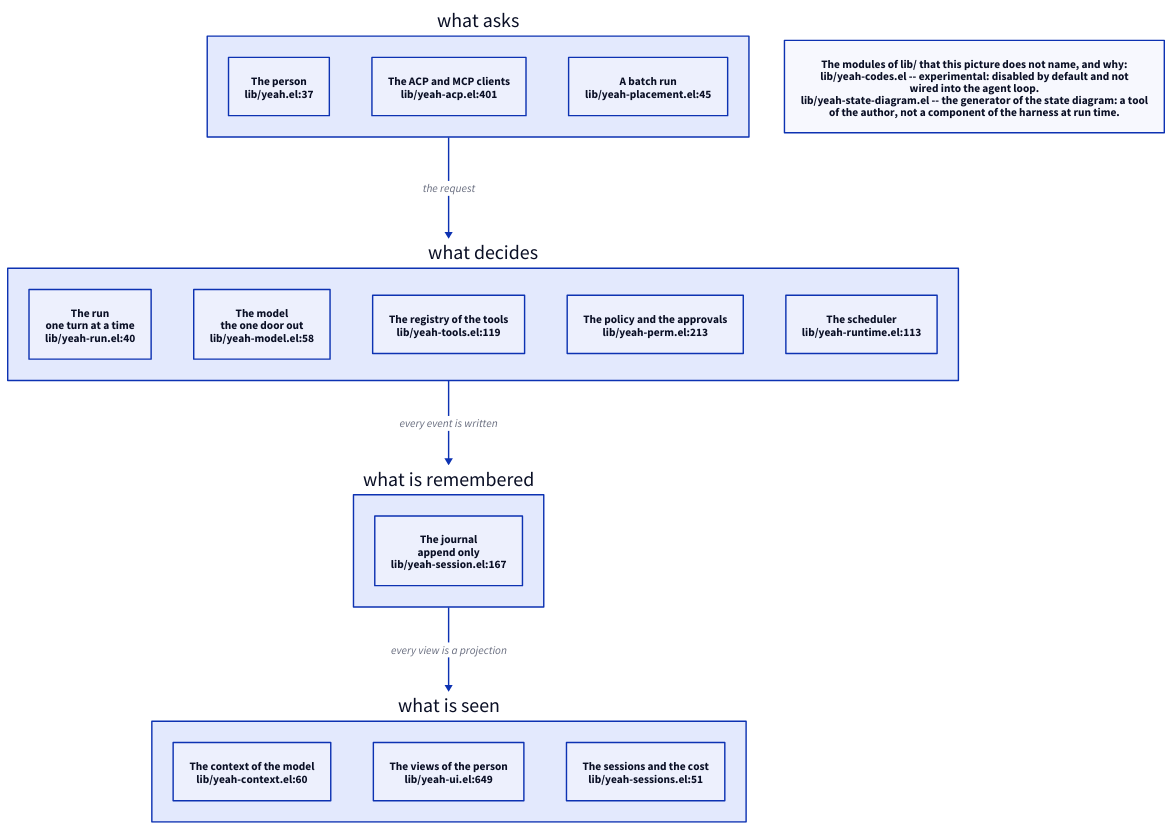
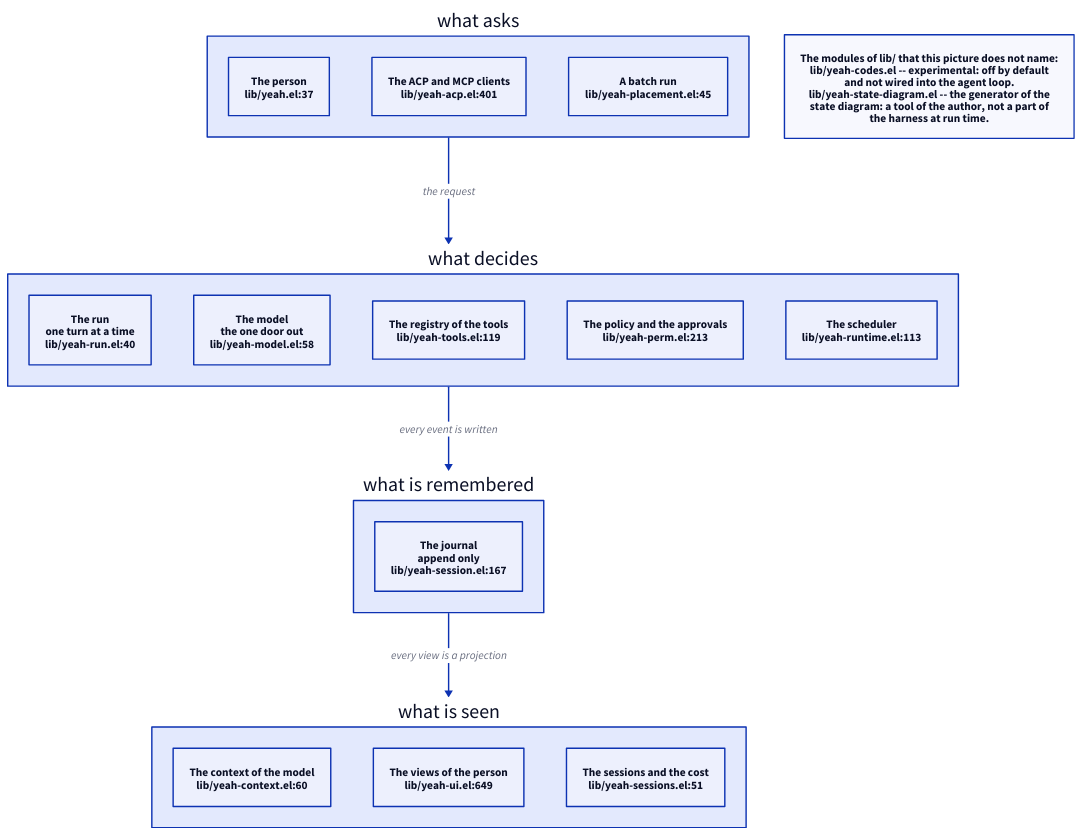
Before and after one commit to 11111000000/yeah: the diagram in site/diagrams/core-layers.d2, drawn with D2. The commit also changed 2 other files, not shown here.

```diff
--- a/site/diagrams/core-layers.d2
+++ b/site/diagrams/core-layers.d2
@@ -1,51 +1,51 @@
 # The layers of the core of Yeah: what asks, what decides, what is
 # remembered and what is seen.
 #
 # The same picture as the component architecture of `docs/ARCHITECTURE.md'
 # section 5, in the notation of bands: the driver submits to the run
 # controller, the controller drives the model adapter, the tool registry and
 # the policy, the scheduler runs what may run, everything that happened is
 # written into one journal, and the projections read the journal.
 #
 # Every block names the file that implements it, as `file:line'.  The
 # modules of `lib/' that this picture does not name are listed in the note
 # at the end of this file, with the reason why they are not there.
 
 ask: "what asks" {
   human: "The person\nlib/yeah.el:37"
   clients: "The ACP and MCP clients\nlib/yeah-acp.el:401"
   batch: "A batch run\nlib/yeah-placement.el:45"
 }
 
 decide: "what decides" {
   run: "The run\none turn at a time\nlib/yeah-run.el:40"
   model: "The model\nthe one door out\nlib/yeah-model.el:58"
   registry: "The registry of the tools\nlib/yeah-tools.el:119"
   policy: "The policy and the approvals\nlib/yeah-perm.el:213"
   scheduler: "The scheduler\nlib/yeah-runtime.el:113"
 }
 
 memory: "what is remembered" {
   journal: "The journal\nappend only\nlib/yeah-session.el:167"
 }
 
 seen: "what is seen" {
   context: "The context of the model\nlib/yeah-context.el:60"
   views: "The views of the person\nlib/yeah-ui.el:649"
   cost: "The sessions and the cost\nlib/yeah-sessions.el:51"
 }
 
 ask -> decide: {
   class: flow
   label: "the request"
 }
 decide -> memory: {
   class: flow
   label: "every event is written"
 }
 memory -> seen: {
   class: flow
   label: "every view is a projection"
 }
 
-note: "The modules of lib/ that this picture does not name, and why:\nlib/yeah-codes.el -- experimental: disabled by default and not\nwired into the agent loop.\nlib/yeah-state-diagram.el -- the generator of the state diagram: a tool\nof the author, not a component of the harness at run time."
+note: "The modules of lib/ that this picture does not name:\nlib/yeah-codes.el -- experimental: off by default\nand not wired into the agent loop.\nlib/yeah-state-diagram.el -- the generator of the\nstate diagram: a tool of the author, not a part of\nthe harness at run time."
```
